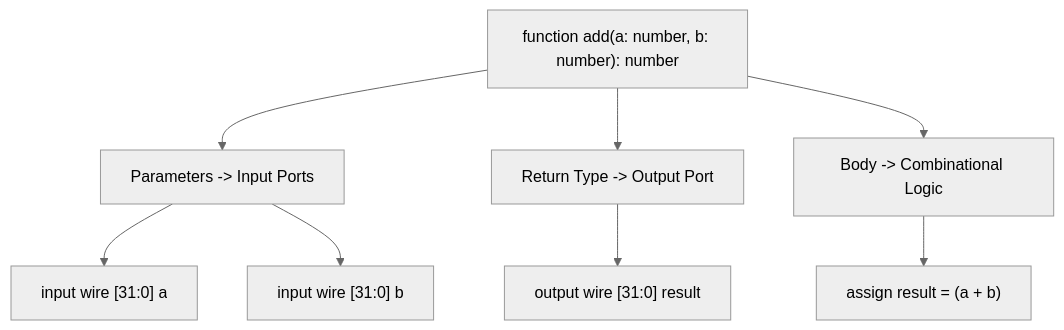
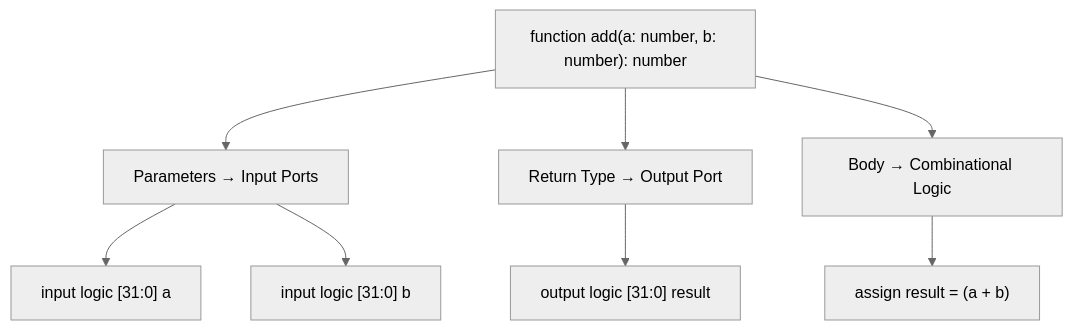
The third of 7 diagrams in docs/architecture.md (thecharge/sndv-hdl), drawn with Mermaid (neutral theme) before and after one commit. The commit also changed other lines of this file and 31 other files, not shown here.

````diff
--- a/docs/architecture.md
+++ b/docs/architecture.md
@@ -45,11 +45,11 @@
 ```mermaid
 flowchart TD
-    A["function add(a: number, b: number): number"] --> B["Parameters -> Input Ports"]
-    A --> C["Return Type -> Output Port"]
-    A --> D["Body -> Combinational Logic"]
-    
-    B --> E["input wire [31:0] a"]
-    B --> F["input wire [31:0] b"]
-    C --> G["output wire [31:0] result"]
+    A["function add(a: number, b: number): number"] --> B["Parameters → Input Ports"]
+    A --> C["Return Type → Output Port"]
+    A --> D["Body → Combinational Logic"]
+
+    B --> E["input logic [31:0] a"]
+    B --> F["input logic [31:0] b"]
+    C --> G["output logic [31:0] result"]
     D --> H["assign result = (a + b)"]
 ```
````
